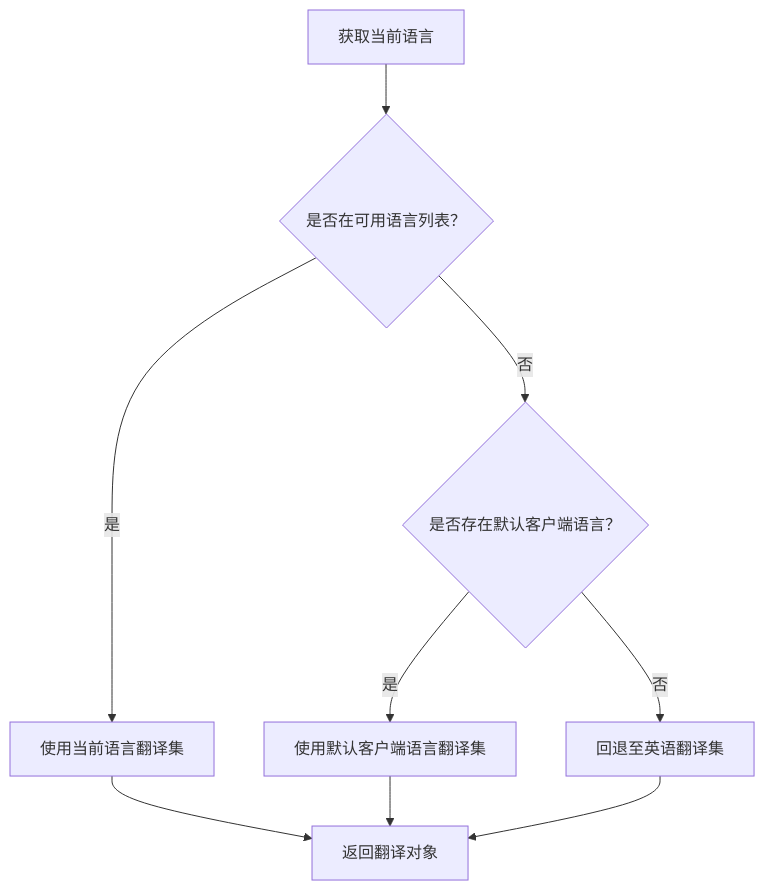
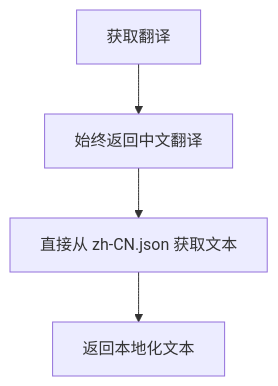
The fourth of 5 diagrams in .qoder/repowiki/zh/content/前端开发/国际化支持.md (frankMa-1993/mattermost), drawn with Mermaid before and after one commit. The commit also changed other lines of this file and 24 other files, not shown here.

````diff
--- a/.qoder/repowiki/zh/content/前端开发/国际化支持.md
+++ b/.qoder/repowiki/zh/content/前端开发/国际化支持.md
@@ -135,11 +130,6 @@
 ```mermaid
 flowchart TD
-A["获取当前语言"] --> B{"是否在可用语言列表？"}
-B -- 是 --> C["使用当前语言翻译集"]
-B -- 否 --> D{"是否存在默认客户端语言？"}
-D -- 是 --> E["使用默认客户端语言翻译集"]
-D -- 否 --> F["回退至英语翻译集"]
-C --> G["返回翻译对象"]
-E --> G
-F --> G
+A["获取翻译"] --> B["始终返回中文翻译"]
+B --> C["直接从 zh-CN.json 获取文本"]
+C --> D["返回本地化文本"]
 ```
````
